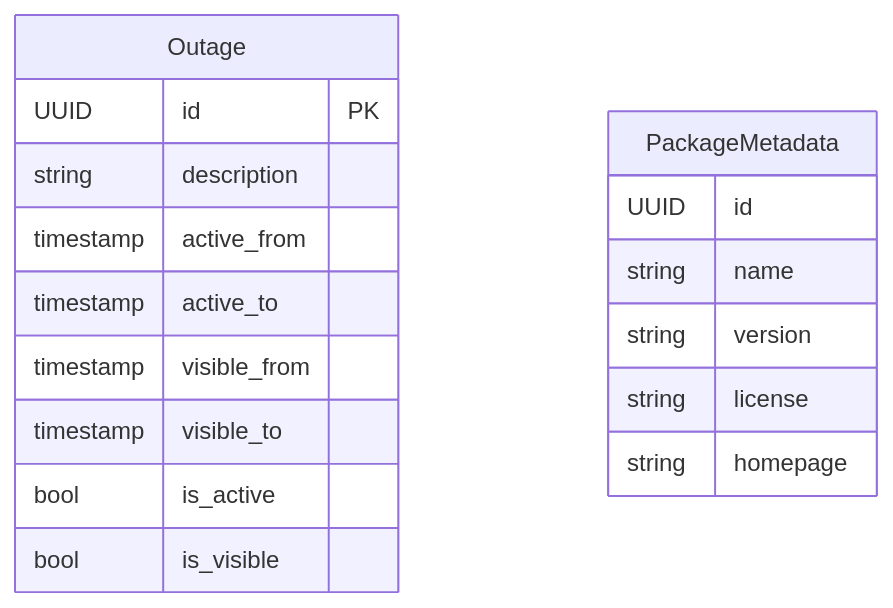
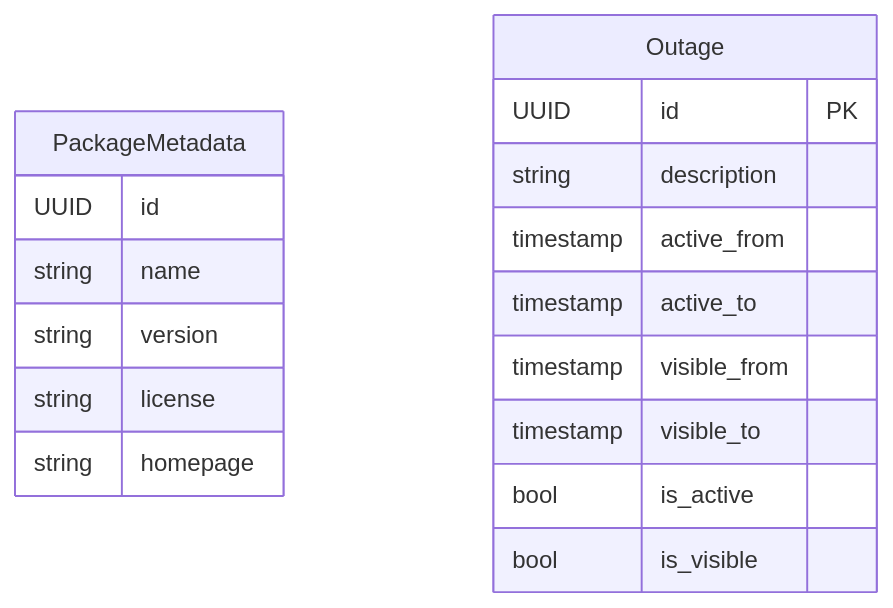
The diagram in docs/erm/casedb.system.detailed.md (RIVM-bioinformatics/gen-epix-api), drawn with Mermaid before and after one commit. The commit also changed other lines of this file and 161 other files, not shown here.

````diff
--- a/docs/erm/casedb.system.detailed.md
+++ b/docs/erm/casedb.system.detailed.md
@@ -5,25 +5,25 @@
 ```mermaid
 erDiagram
     %% casedb / SYSTEM (detailed)
 
     %% Entity definitions
+    PackageMetadata {
+        UUID id
+        string name
+        string version
+        string license
+        string homepage
+    }
+
     Outage {
         UUID id PK
         string description
         timestamp active_from
         timestamp active_to
         timestamp visible_from
         timestamp visible_to
         bool is_active
         bool is_visible
     }
 
-    PackageMetadata {
-        UUID id
-        string name
-        string version
-        string license
-        string homepage
-    }
-
 ```
````
